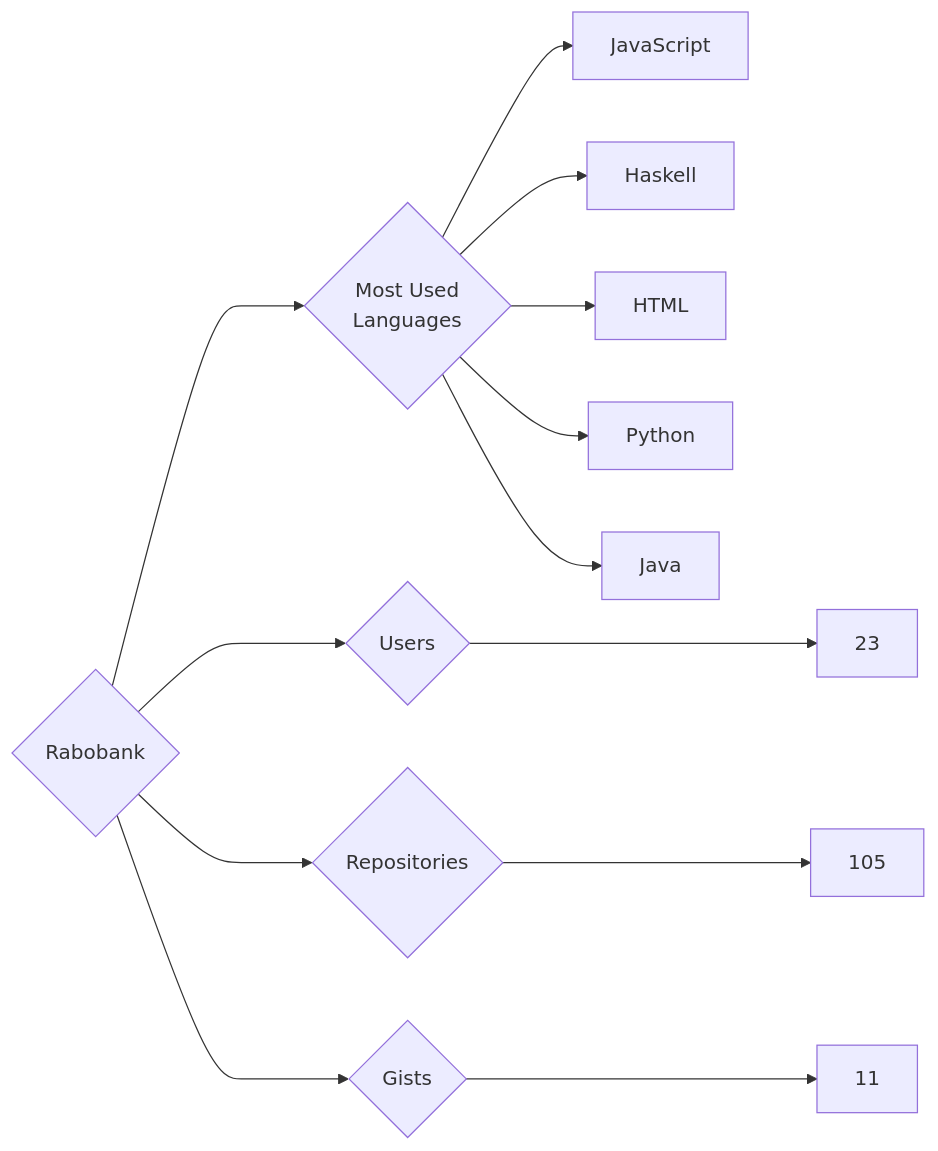
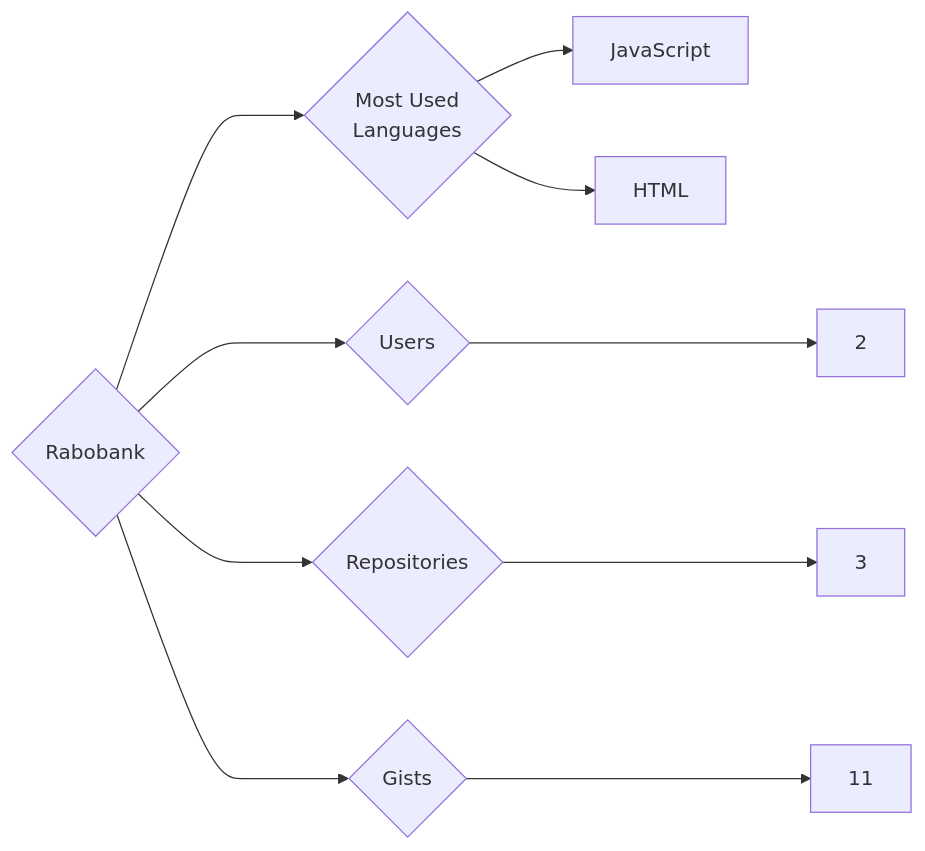
Before and after one commit to trickest/insiders: the diagram in targets/Rabobank/README.md, drawn with Mermaid. The commit also changed 940 other files, not shown here.

````diff
--- a/targets/Rabobank/README.md
+++ b/targets/Rabobank/README.md
@@ -3,13 +3,10 @@
 ```mermaid
 graph LR
 COMPANY_NAME{Rabobank}
-COMPANY_NAME ---> U{Users} ---> UN[23]
-COMPANY_NAME ---> R{Repositories} ---> RN[105]
+COMPANY_NAME ---> U{Users} ---> UN[2]
+COMPANY_NAME ---> R{Repositories} ---> RN[3]
 COMPANY_NAME ---> G{Gists} ---> GN[11]
 COMPANY_NAME ---> ML{Most Used<br>Languages}
 ML --> JavaScript[JavaScript]
-ML --> Haskell[Haskell]
 ML --> HTML[HTML]
-ML --> Python[Python]
-ML --> Java[Java]
 ```
````
